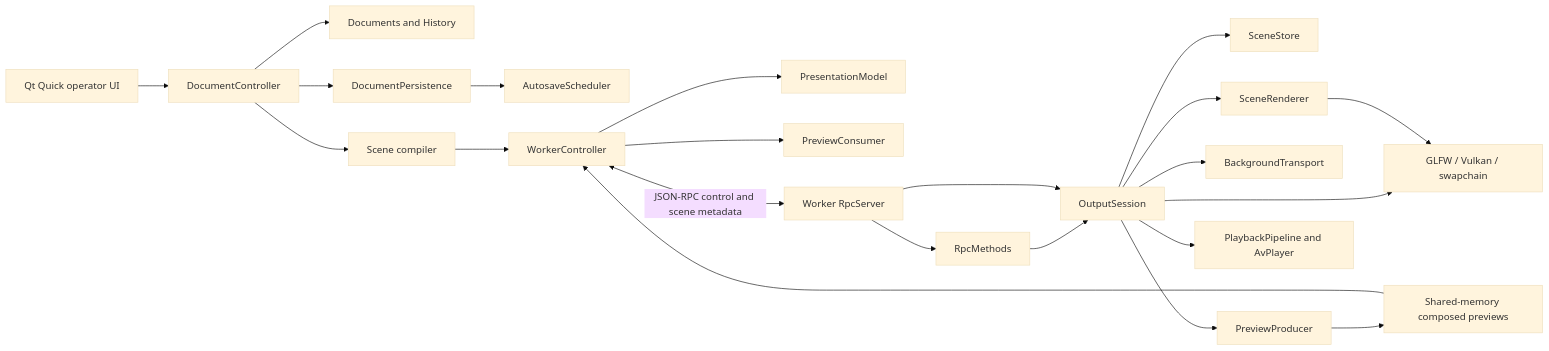
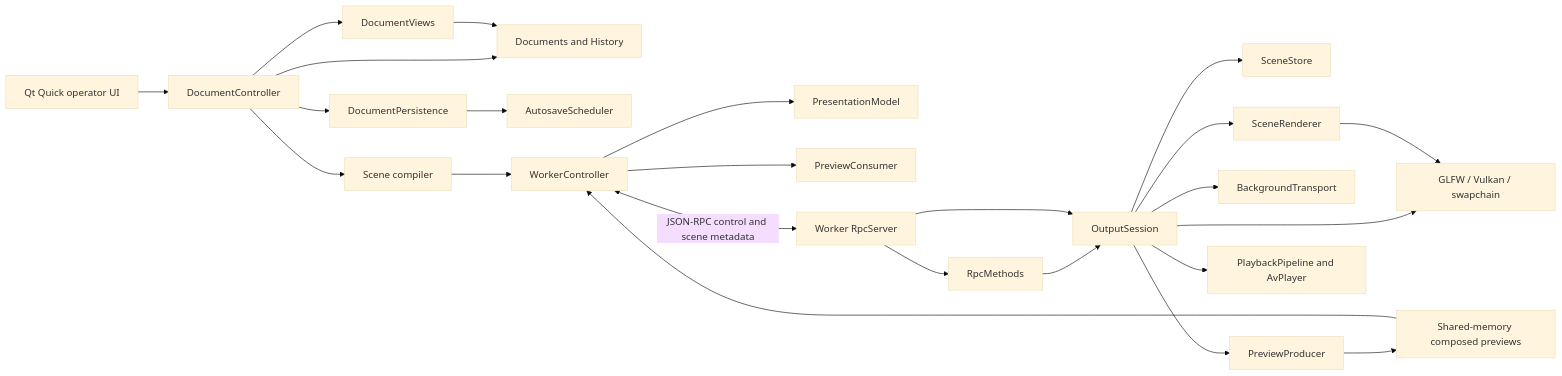
The diagram in docs/architecture.md (dattrax/OpenShowQt), drawn with Mermaid (base theme) before and after one commit. The commit also changed other lines of this file and 7 other files, not shown here.

````diff
--- a/docs/architecture.md
+++ b/docs/architecture.md
@@ -12,24 +12,26 @@
 ```mermaid
 flowchart LR
     QML[Qt Quick operator UI] --> DC[DocumentController]
     DC --> D[Documents and History]
+    DC --> DV[DocumentViews]
+    DV --> D
     DC --> DP[DocumentPersistence]
     DP --> AS[AutosaveScheduler]
     DC --> SC[Scene compiler]
     SC --> WC[WorkerController]
     WC --> PM[PresentationModel]
     WC --> PC[PreviewConsumer]
     WC <-->|JSON-RPC control and scene metadata| RPC[Worker RpcServer]
     RPC --> MT[RpcMethods]
     MT --> OS[OutputSession]
     RPC --> OS[OutputSession]
     OS --> SS[SceneStore]
     OS --> PP[PreviewProducer]
     OS --> BT[BackgroundTransport]
     OS --> SR[SceneRenderer]
     OS --> AV[PlaybackPipeline and AvPlayer]
     OS --> GPU[GLFW / Vulkan / swapchain]
     SR --> GPU
     PP --> SHM[Shared-memory composed previews]
     SHM --> WC
 ```
````
